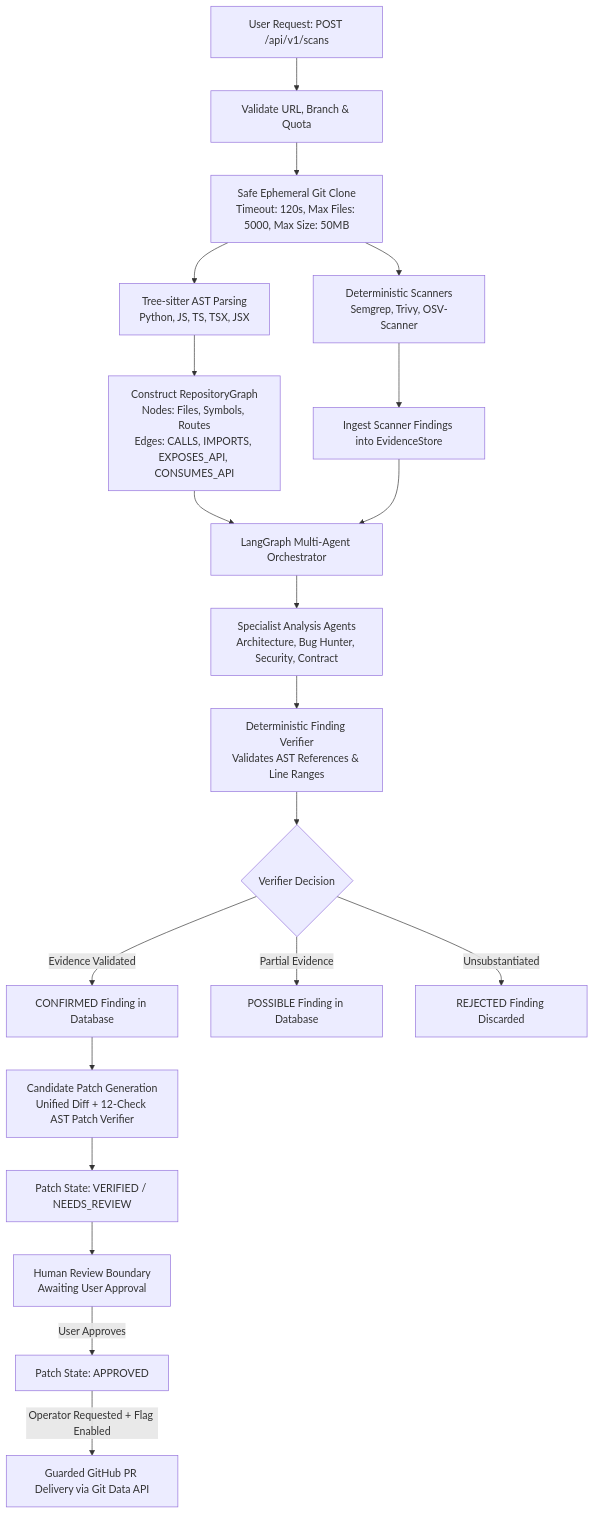
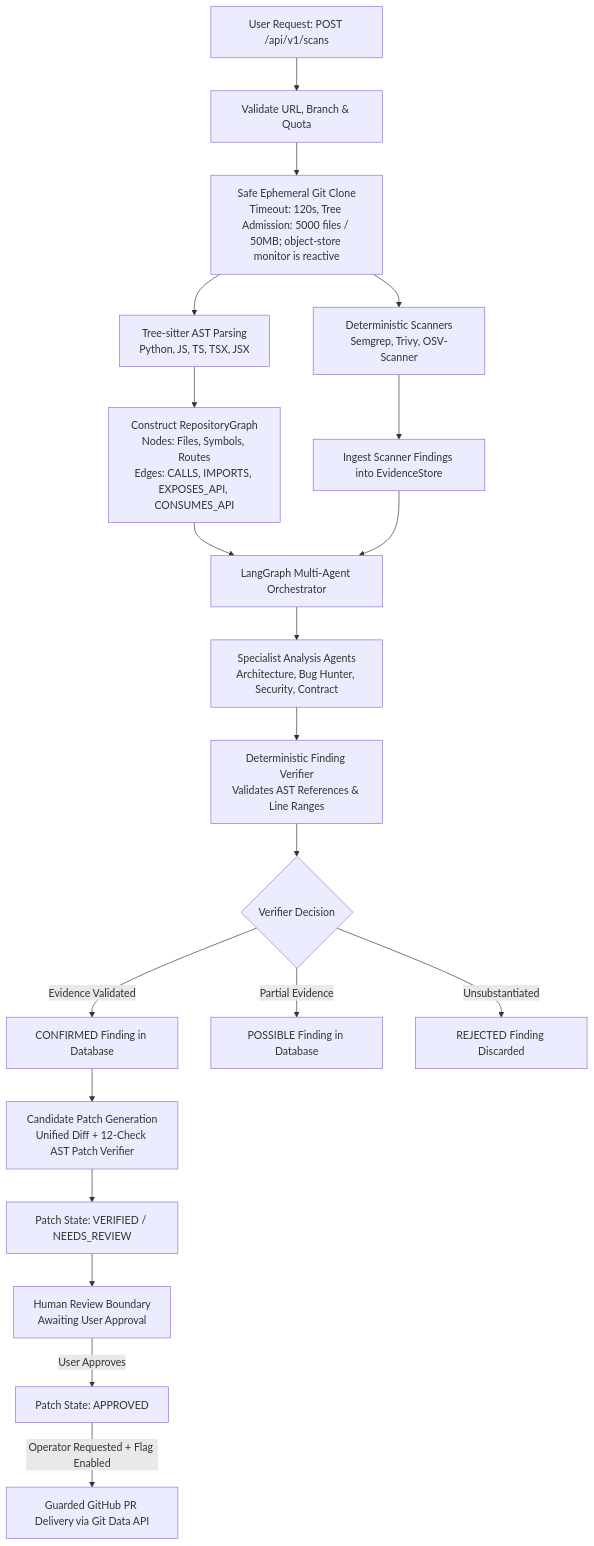
The second of 3 diagrams in docs/architecture.md (yashaskn8/RepoLens), drawn with Mermaid before and after one commit. The commit also changed other lines of this file and 4 other files, not shown here.

Commit message:
docs(security): clarify reactive clone quota limits

````diff
--- a/docs/architecture.md
+++ b/docs/architecture.md
@@ -102,22 +102,22 @@
 ```mermaid
 flowchart TD
     A[User Request: POST /api/v1/scans] --> B[Validate URL, Branch & Quota]
-    B --> C[Safe Ephemeral Git Clone<br/>Timeout: 120s, Max Files: 5000, Max Size: 50MB]
+    B --> C[Safe Ephemeral Git Clone<br/>Timeout: 120s, Tree Admission: 5000 files / 50MB; object-store monitor is reactive]
     C --> D[Tree-sitter AST Parsing<br/>Python, JS, TS, TSX, JSX]
     C --> E[Deterministic Scanners<br/>Semgrep, Trivy, OSV-Scanner]
     D --> F[Construct RepositoryGraph<br/>Nodes: Files, Symbols, Routes<br/>Edges: CALLS, IMPORTS, EXPOSES_API, CONSUMES_API]
     E --> G[Ingest Scanner Findings into EvidenceStore]
     F --> H[LangGraph Multi-Agent Orchestrator]
     G --> H
     H --> I[Specialist Analysis Agents<br/>Architecture, Bug Hunter, Security, Contract]
     I --> J[Deterministic Finding Verifier<br/>Validates AST References & Line Ranges]
     J --> K{Verifier Decision}
     K -->|Evidence Validated| L[CONFIRMED Finding in Database]
     K -->|Partial Evidence| M[POSSIBLE Finding in Database]
     K -->|Unsubstantiated| N[REJECTED Finding Discarded]
     L --> O[Candidate Patch Generation<br/>Unified Diff + 12-Check AST Patch Verifier]
     O --> P[Patch State: VERIFIED / NEEDS_REVIEW]
     P --> Q[Human Review Boundary<br/>Awaiting User Approval]
     Q -->|User Approves| R[Patch State: APPROVED]
     R -->|Operator Requested + Flag Enabled| S[Guarded GitHub PR Delivery via Git Data API]
 ```
````
